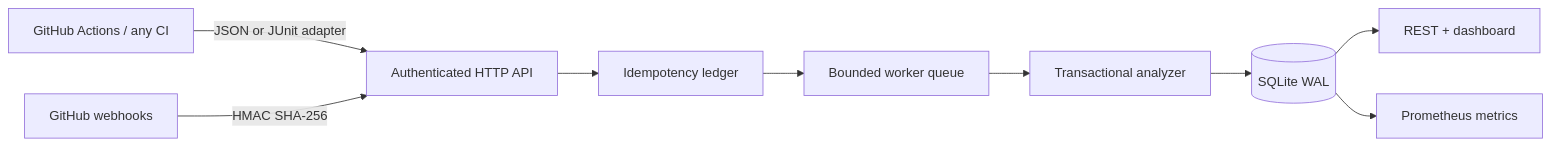
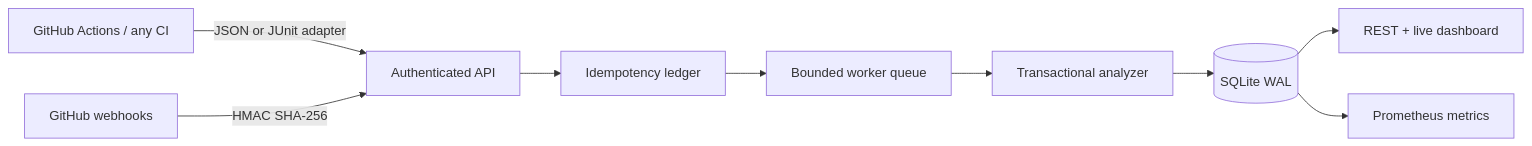
Before and after one commit to EesherJ39/TriageCI: the diagram in README.md, drawn with Mermaid. The commit also changed other lines of this file, not shown here.

````diff
--- a/README.md
+++ b/README.md
@@ -15,11 +33,11 @@
 ```mermaid
 flowchart LR
-  A[GitHub Actions / any CI] -->|JSON or JUnit adapter| B[Authenticated HTTP API]
-  G[GitHub webhooks] -->|HMAC SHA-256| B
-  B --> C[Idempotency ledger]
-  C --> D[Bounded worker queue]
-  D --> E[Transactional analyzer]
-  E --> F[(SQLite WAL)]
-  F --> H[REST + dashboard]
-  F --> M[Prometheus metrics]
+    A[GitHub Actions / any CI] -->|JSON or JUnit adapter| B[Authenticated API]
+    G[GitHub webhooks] -->|HMAC SHA-256| B
+    B --> C[Idempotency ledger]
+    C --> D[Bounded worker queue]
+    D --> E[Transactional analyzer]
+    E --> F[(SQLite WAL)]
+    F --> H[REST + live dashboard]
+    F --> M[Prometheus metrics]
 ```
````
